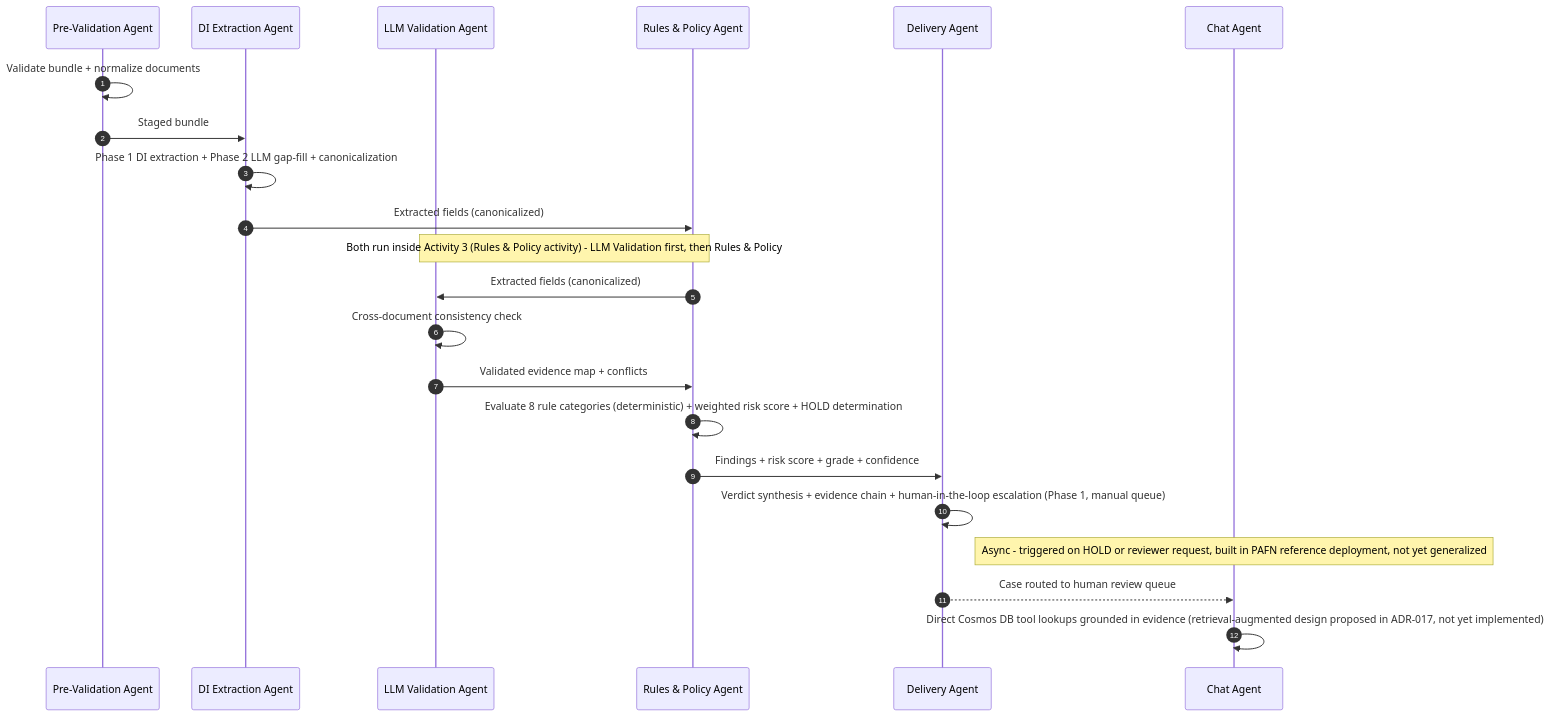
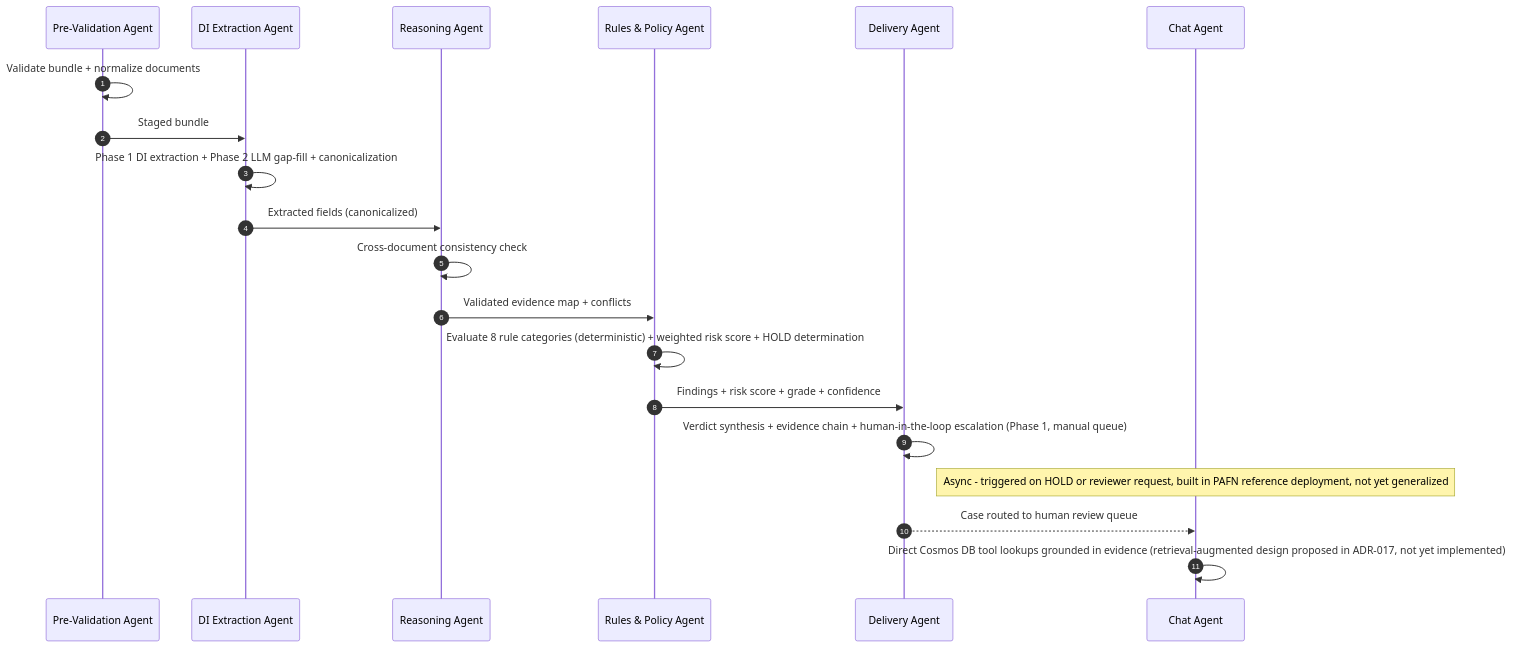
One commit to microsoft/ai-regulatory-inspection-accelerator changed the second of 2 diagrams in docs/architecture/TechnicalArchitecture.md. Above: the diagram before and after it, drawn with Mermaid. The commit also changed other lines of this file and 4 other files, not shown here.

First line of the commit message:
docs: separate reasoning agent from policy evaluation

````diff
--- a/docs/architecture/TechnicalArchitecture.md
+++ b/docs/architecture/TechnicalArchitecture.md
@@ -225,25 +226,23 @@
 ```mermaid
 sequenceDiagram
     autonumber
     participant INT as Pre-Validation Agent
     participant EXT as DI Extraction Agent
-    participant VAL as LLM Validation Agent
+    participant VAL as Reasoning Agent
     participant POL as Rules & Policy Agent
     participant REC as Delivery Agent
     participant REV as Chat Agent
 
     INT->>INT: Validate bundle + normalize documents
     INT->>EXT: Staged bundle
     EXT->>EXT: Phase 1 DI extraction + Phase 2 LLM gap-fill + canonicalization
-    EXT->>POL: Extracted fields (canonicalized)
-    Note over VAL,POL: Both run inside Activity 3 (Rules & Policy activity) - LLM Validation first, then Rules & Policy
-    POL->>VAL: Extracted fields (canonicalized)
+    EXT->>VAL: Extracted fields (canonicalized)
     VAL->>VAL: Cross-document consistency check
     VAL->>POL: Validated evidence map + conflicts
     POL->>POL: Evaluate 8 rule categories (deterministic) + weighted risk score + HOLD determination
     POL->>REC: Findings + risk score + grade + confidence
     REC->>REC: Verdict synthesis + evidence chain + human-in-the-loop escalation (Phase 1, manual queue)
     Note over REV: Async - triggered on HOLD or reviewer request, built in PAFN reference deployment, not yet generalized
     REC-->>REV: Case routed to human review queue
     REV->>REV: Direct Cosmos DB tool lookups grounded in evidence (retrieval-augmented design proposed in ADR-017, not yet implemented)
 ```
````
